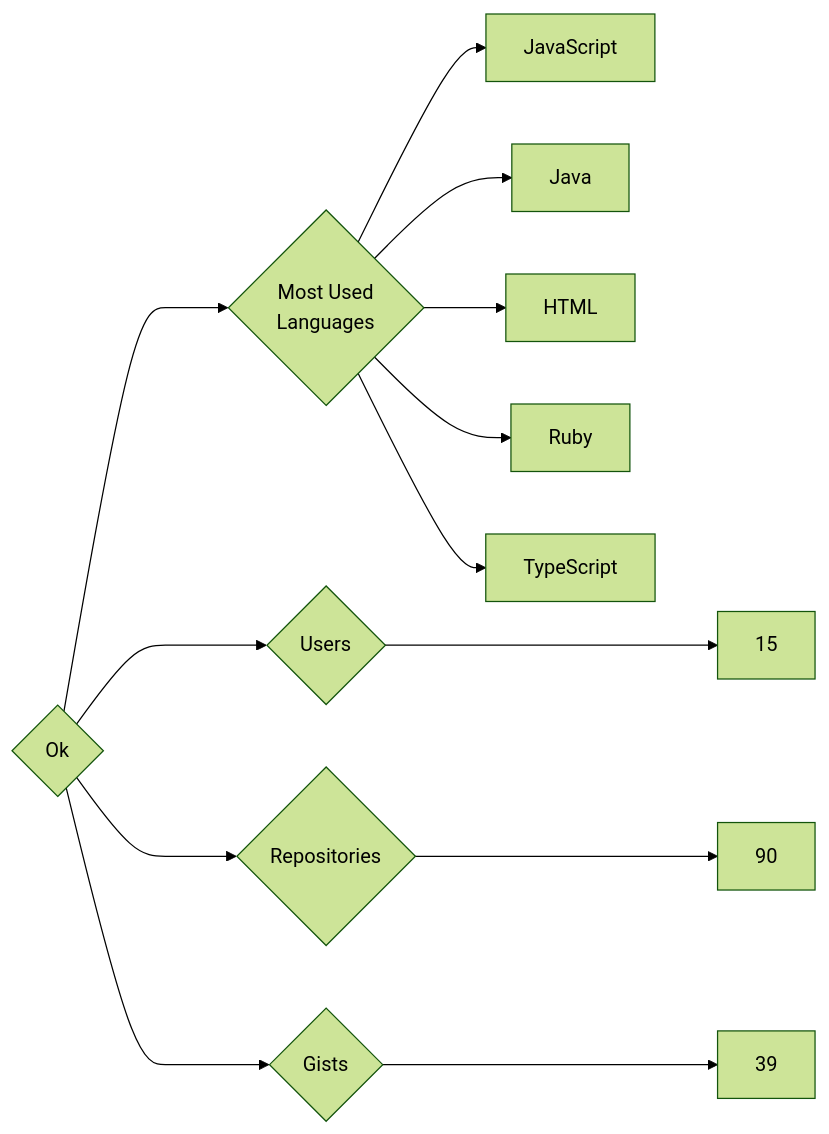
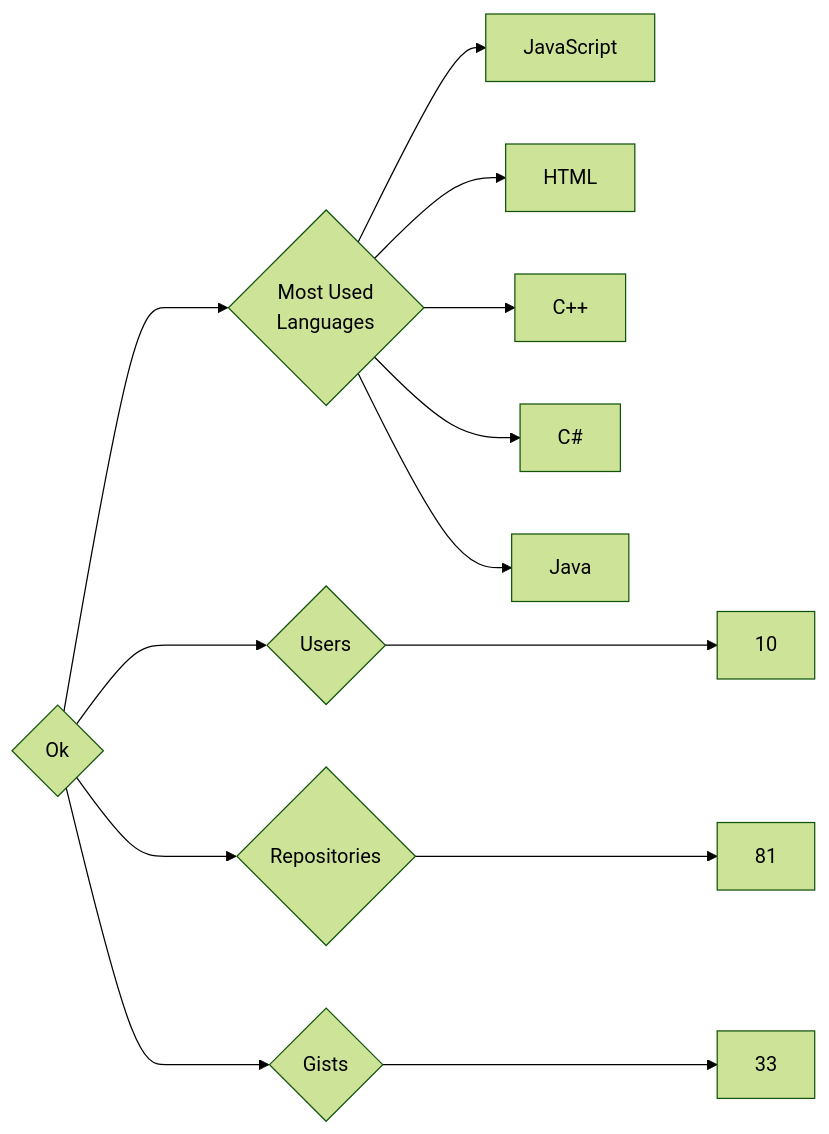
The diagram in targets/Ok/README.md (trickest/insiders), drawn with Mermaid (forest theme) before and after one commit. The commit also changed 833 other files, not shown here.

````diff
--- a/targets/Ok/README.md
+++ b/targets/Ok/README.md
@@ -3,13 +3,13 @@
 ```mermaid
 graph LR
 COMPANY_NAME{Ok}
-COMPANY_NAME ---> U{Users} ---> UN[15]
-COMPANY_NAME ---> R{Repositories} ---> RN[90]
-COMPANY_NAME ---> G{Gists} ---> GN[39]
+COMPANY_NAME ---> U{Users} ---> UN[10]
+COMPANY_NAME ---> R{Repositories} ---> RN[81]
+COMPANY_NAME ---> G{Gists} ---> GN[33]
 COMPANY_NAME ---> ML{Most Used<br>Languages}
 ML --> JavaScript[JavaScript]
+ML --> HTML[HTML]
+ML --> C++[C++]
+ML --> C#[C#]
 ML --> Java[Java]
-ML --> HTML[HTML]
-ML --> Ruby[Ruby]
-ML --> TypeScript[TypeScript]
 ```
````
